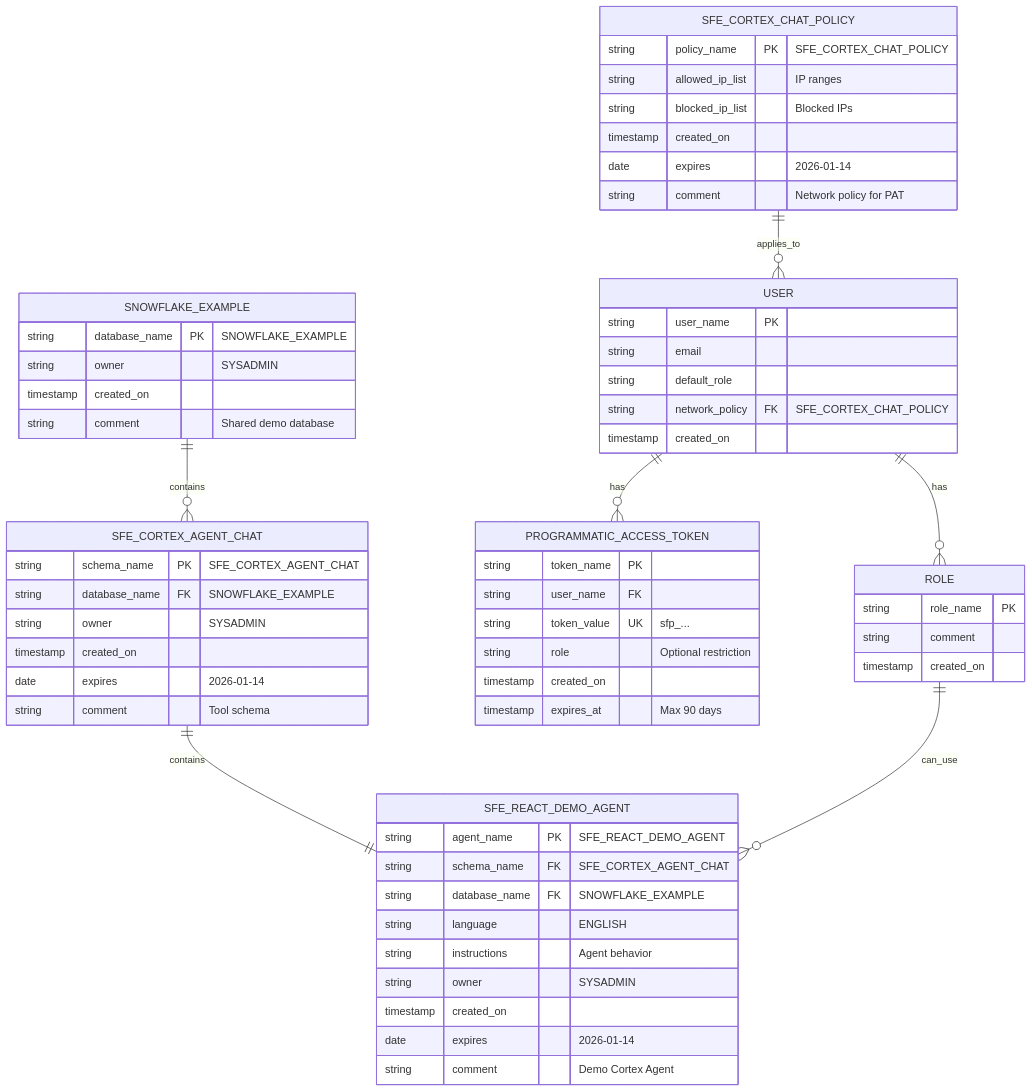
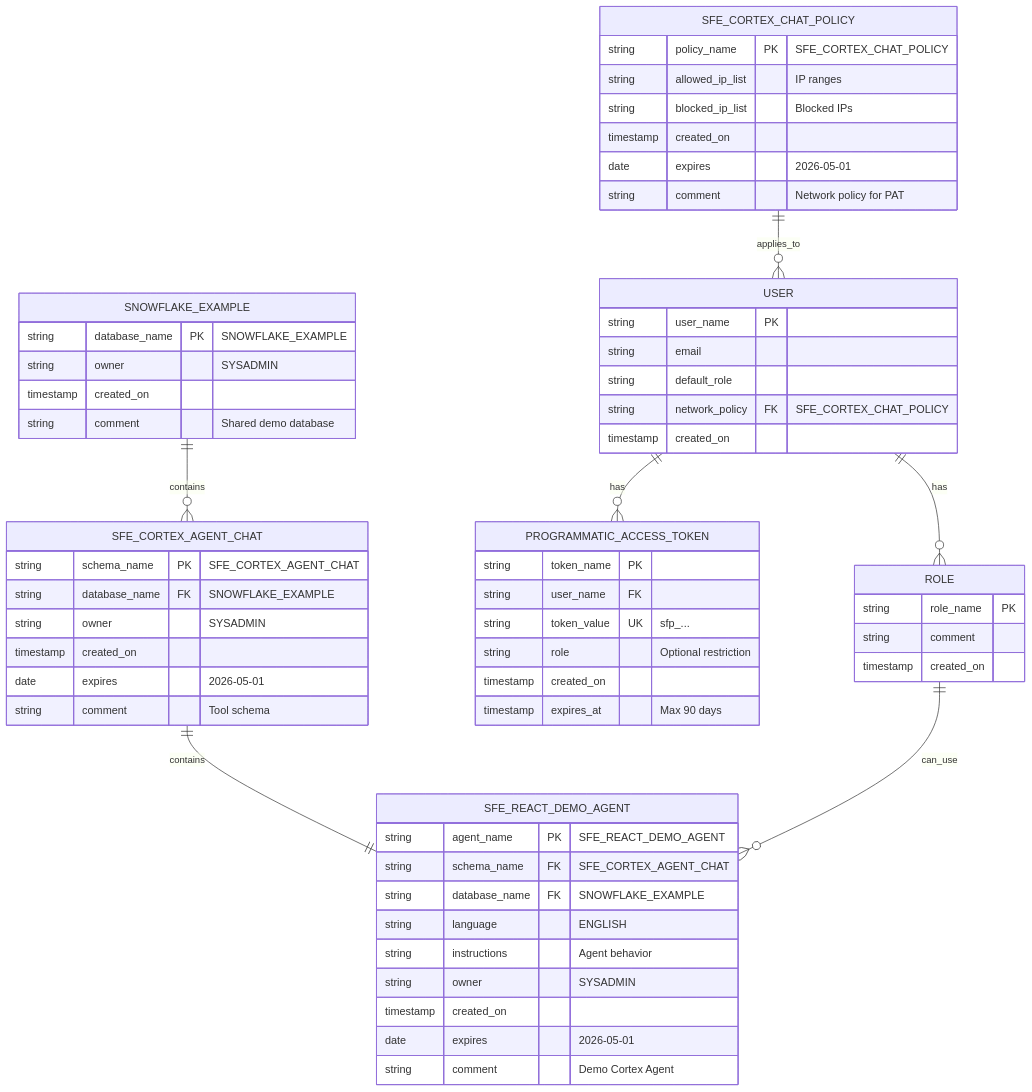
Before and after one commit to sfc-gh-miwhitaker/sfe-public: the diagram in tool-cortex-agent-chat/diagrams/data-model.md, drawn with Mermaid. The commit also changed other lines of this file and 20 other files, not shown here.

````diff
--- a/tool-cortex-agent-chat/diagrams/data-model.md
+++ b/tool-cortex-agent-chat/diagrams/data-model.md
@@ -16,69 +16,69 @@
 ```mermaid
 erDiagram
     SNOWFLAKE_EXAMPLE ||--o{ SFE_CORTEX_AGENT_CHAT : contains
     SFE_CORTEX_AGENT_CHAT ||--|| SFE_REACT_DEMO_AGENT : contains
     SFE_CORTEX_CHAT_POLICY ||--o{ USER : applies_to
     USER ||--o{ PROGRAMMATIC_ACCESS_TOKEN : has
     USER ||--o{ ROLE : has
     ROLE ||--o{ SFE_REACT_DEMO_AGENT : can_use
 
     SNOWFLAKE_EXAMPLE {
         string database_name PK "SNOWFLAKE_EXAMPLE"
         string owner "SYSADMIN"
         timestamp created_on
         string comment "Shared demo database"
     }
 
     SFE_CORTEX_AGENT_CHAT {
         string schema_name PK "SFE_CORTEX_AGENT_CHAT"
         string database_name FK "SNOWFLAKE_EXAMPLE"
         string owner "SYSADMIN"
         timestamp created_on
-        date expires "2026-01-14"
+        date expires "2026-05-01"
         string comment "Tool schema"
     }
 
     SFE_REACT_DEMO_AGENT {
         string agent_name PK "SFE_REACT_DEMO_AGENT"
         string schema_name FK "SFE_CORTEX_AGENT_CHAT"
         string database_name FK "SNOWFLAKE_EXAMPLE"
         string language "ENGLISH"
         string instructions "Agent behavior"
         string owner "SYSADMIN"
         timestamp created_on
-        date expires "2026-01-14"
+        date expires "2026-05-01"
         string comment "Demo Cortex Agent"
     }
 
     SFE_CORTEX_CHAT_POLICY {
         string policy_name PK "SFE_CORTEX_CHAT_POLICY"
         string allowed_ip_list "IP ranges"
         string blocked_ip_list "Blocked IPs"
         timestamp created_on
-        date expires "2026-01-14"
+        date expires "2026-05-01"
         string comment "Network policy for PAT"
     }
 
     USER {
         string user_name PK
         string email
         string default_role
         string network_policy FK "SFE_CORTEX_CHAT_POLICY"
         timestamp created_on
     }
 
     PROGRAMMATIC_ACCESS_TOKEN {
         string token_name PK
         string user_name FK
         string token_value UK "sfp_..."
         string role "Optional restriction"
         timestamp created_on
         timestamp expires_at "Max 90 days"
     }
 
     ROLE {
         string role_name PK
         string comment
         timestamp created_on
     }
 ```
````
